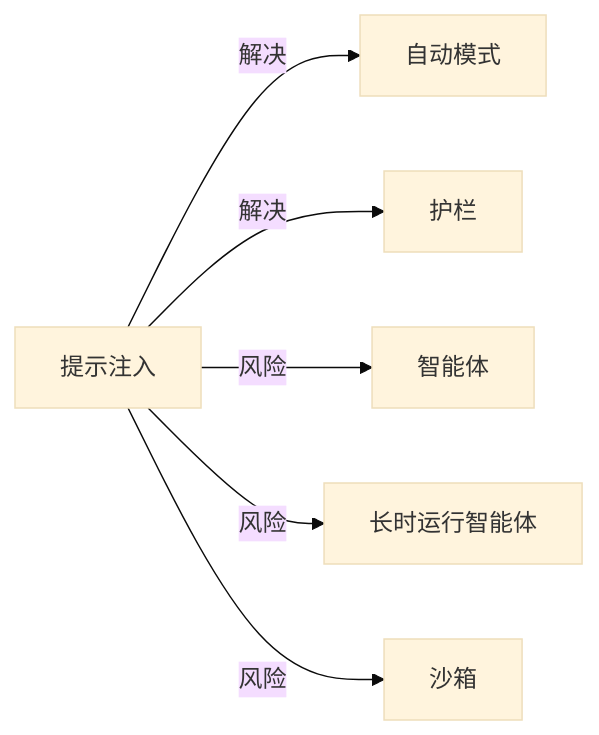
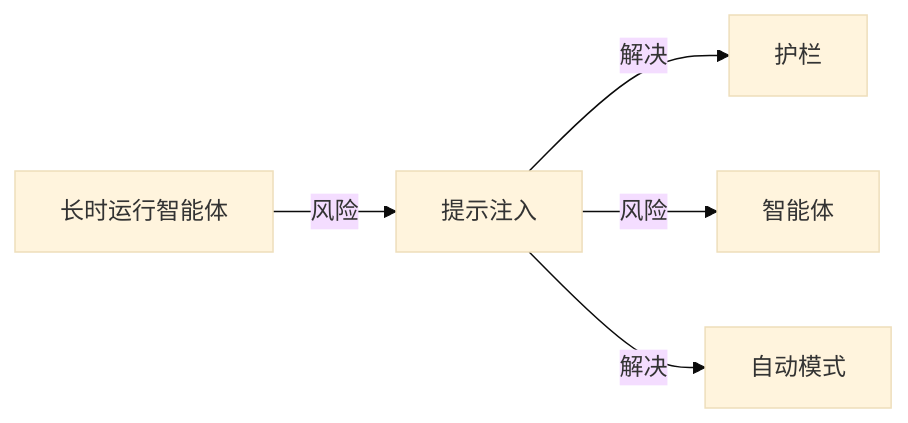
One commit to yibie/claude-best-practices-zh changed the diagram in wiki/提示注入.md. Above: the diagram before and after it, drawn with Mermaid (base theme). The commit also changed other lines of this file and 407 other files, not shown here.

Commit message:
feat: DeepSeek 三遍审校（译文/关系/图谱）+ 可部署静态站点

````diff
--- a/wiki/提示注入.md
+++ b/wiki/提示注入.md
@@ -47,9 +47,8 @@
 ```mermaid
 graph LR
   C["提示注入"]
-  C -->|解决| N0["自动模式"]
-  C -->|解决| N1["护栏"]
-  C -->|风险| N2["智能体"]
-  C -->|风险| N3["长时运行智能体"]
-  C -->|风险| N4["沙箱"]
+  C -->|解决| N0["护栏"]
+  C -->|风险| N1["智能体"]
+  C -->|解决| N2["自动模式"]
+  N3["长时运行智能体"] -->|风险| C
 ```
````
